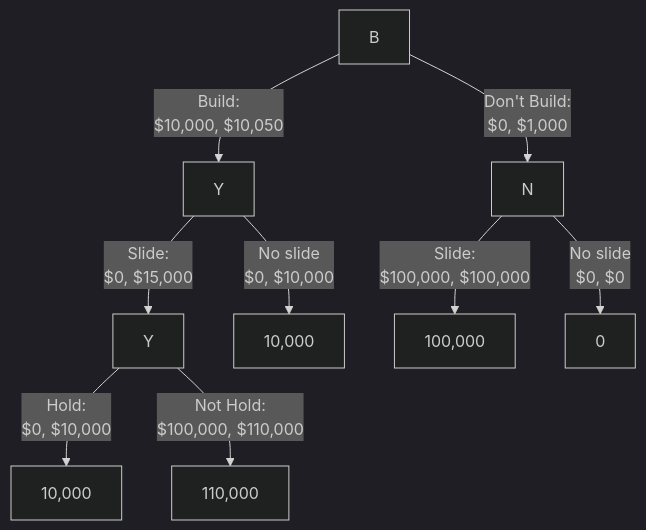
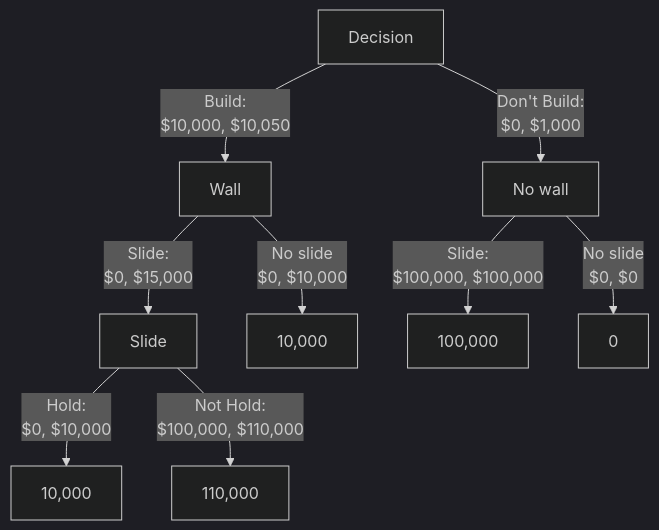
The diagram in fig/mermaid/04-dec-mudslide-tree.mmd (VadimSokolov/bayes_ai_deep_learning), drawn with Mermaid (dark theme) before and after one commit. The commit also changed 1241 other files, not shown here.

```diff
--- a/fig/mermaid/04-dec-mudslide-tree.mmd
+++ b/fig/mermaid/04-dec-mudslide-tree.mmd
@@ -1,9 +1,9 @@
 graph TB
-    B--"Build:<br/>$10,000, $10,050"-->Y
-    B--"Don't Build:<br/>$0, $1,000"-->N
-    Y--"Slide:<br/>$0, $15,000"-->yy[Y]
+    B[Decision]--"Build:<br/>$10,000, $10,050"-->Y[Wall]
+    B--"Don't Build:<br/>$0, $1,000"-->N[No wall]
+    Y--"Slide:<br/>$0, $15,000"-->yy[Slide]
     Y--"No slide<br/>$0, $10,000"-->40["10,000"]
     N--"Slide:<br/>$100,000, $100,000"-->1000["100,000"]
     N--"No slide<br/>$0, $0"-->0
     yy --"Hold:<br/>$0, $10,000"-->401["10,000"]
     yy --"Not Hold:<br/>$100,000, $110,000"-->1040["110,000"]
```
